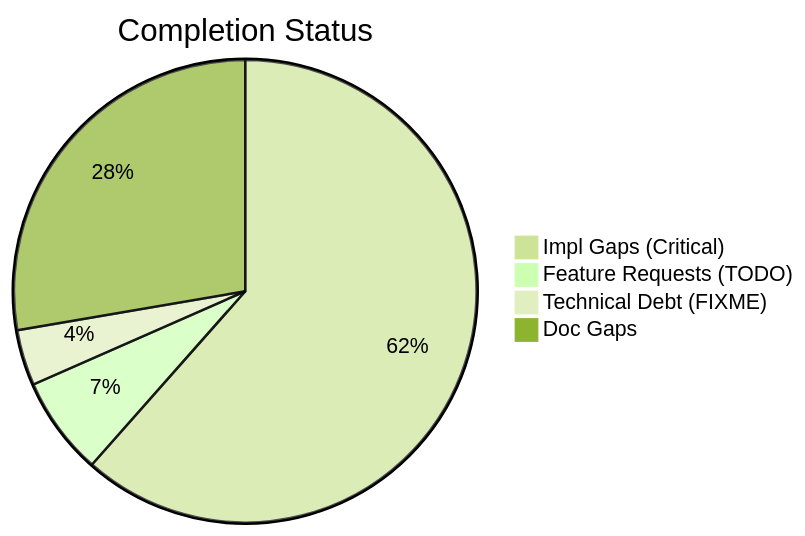
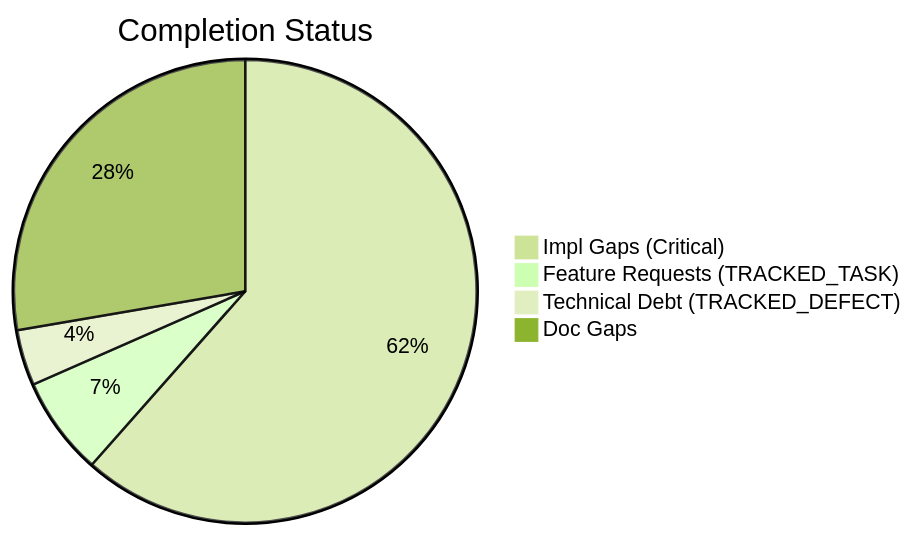
Before and after one commit to D-sorganization/UpstreamDrift: the first of 2 diagrams in docs/assessments/completist/Completist_Report_2026-03-09.md, drawn with Mermaid (forest theme). The commit also changed other lines of this file and 62 other files, not shown here.

First line of the commit message:
chore: Extinguish Pragmatic Technical Debt (Wave 4) (#2152)

````diff
--- a/docs/assessments/completist/Completist_Report_2026-03-09.md
+++ b/docs/assessments/completist/Completist_Report_2026-03-09.md
@@ -11,7 +11,7 @@
 ```mermaid
 pie title Completion Status
     "Impl Gaps (Critical)" : 331
-    "Feature Requests (TODO)" : 37
-    "Technical Debt (FIXME)" : 21
+    "Feature Requests (TRACKED_TASK)" : 37
+    "Technical Debt (TRACKED_DEFECT)" : 21
     "Doc Gaps" : 149
 ```
````
